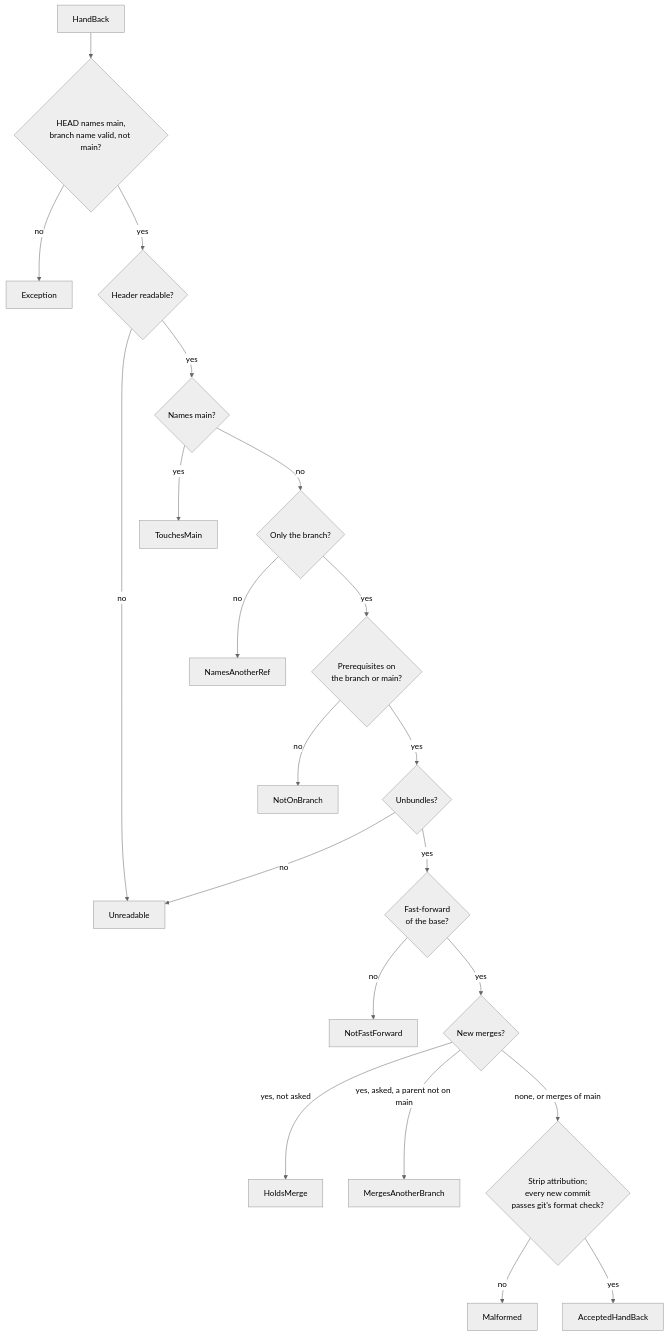
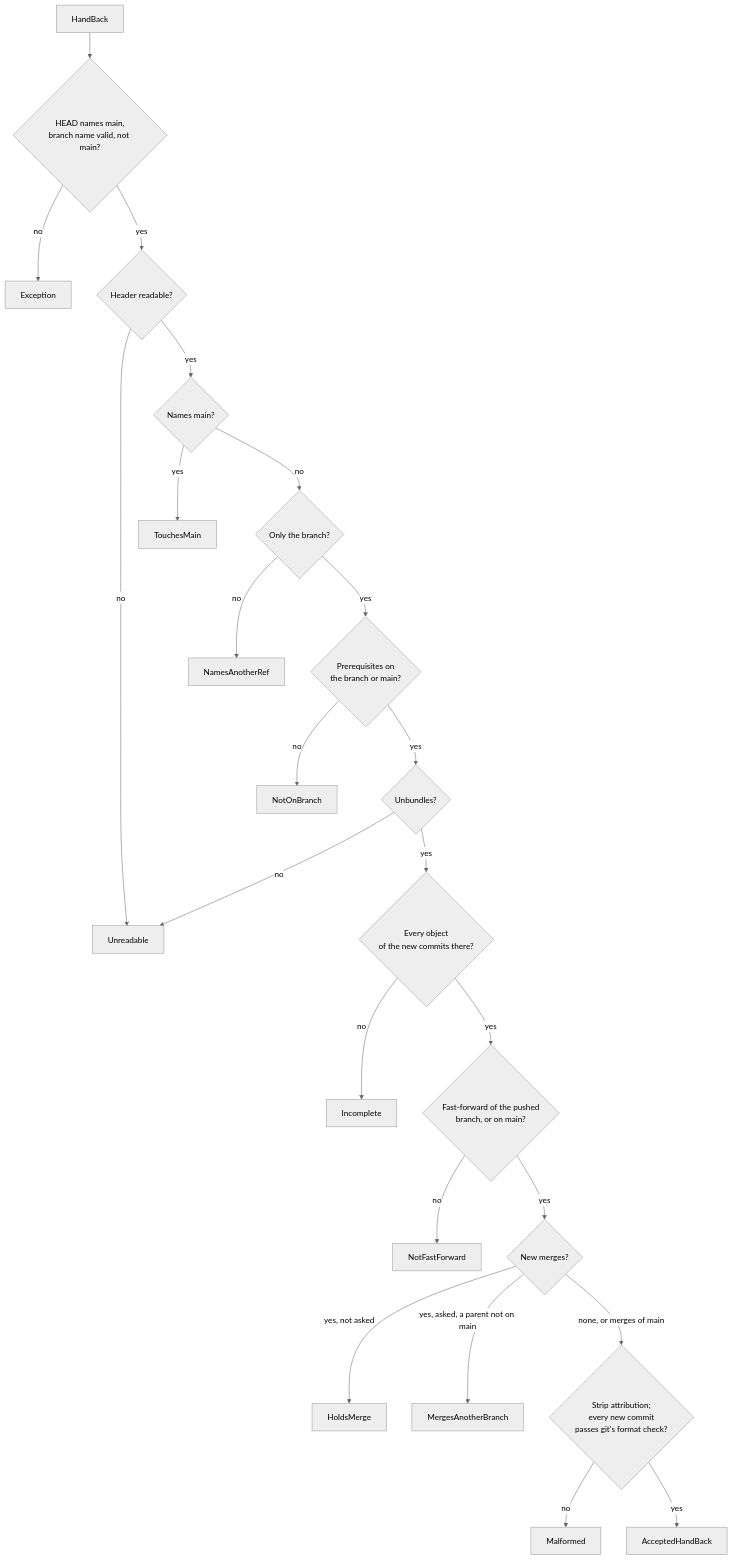
One commit to shinyredapples/intakt changed the diagram in docs/architecture/hand-back.md. Above: the diagram before and after it, drawn with Mermaid (neutral theme). The commit also changed other lines of this file and 12 other files, not shown here.

````diff
--- a/docs/architecture/hand-back.md
+++ b/docs/architecture/hand-back.md
@@ -20,23 +20,25 @@
 ```mermaid
 flowchart TD
   start[HandBack] --> repo{HEAD names main,<br/>branch name valid, not main?}
   repo -- no --> error[Exception]
   repo -- yes --> header{Header readable?}
   header -- no --> unreadable[Unreadable]
   header -- yes --> main{Names main?}
   main -- yes --> touches[TouchesMain]
   main -- no --> refs{Only the branch?}
   refs -- no --> other[NamesAnotherRef]
   refs -- yes --> base{Prerequisites on<br/>the branch or main?}
   base -- no --> notOn[NotOnBranch]
   base -- yes --> unbundle{Unbundles?}
   unbundle -- no --> unreadable
-  unbundle -- yes --> ff{Fast-forward<br/>of the base?}
+  unbundle -- yes --> complete{Every object<br/>of the new commits there?}
+  complete -- no --> incomplete[Incomplete]
+  complete -- yes --> ff{Fast-forward of the pushed<br/>branch, or on main?}
   ff -- no --> notFf[NotFastForward]
   ff -- yes --> merges{New merges?}
   merges -- "yes, not asked" --> holds[HoldsMerge]
   merges -- "yes, asked, a parent not on main" --> mergesOther[MergesAnotherBranch]
   merges -- "none, or merges of main" --> strip{Strip attribution;<br/>every new commit<br/>passes git's format check?}
   strip -- no --> malformed[Malformed]
   strip -- yes --> accepted[AcceptedHandBack]
 ```
````
